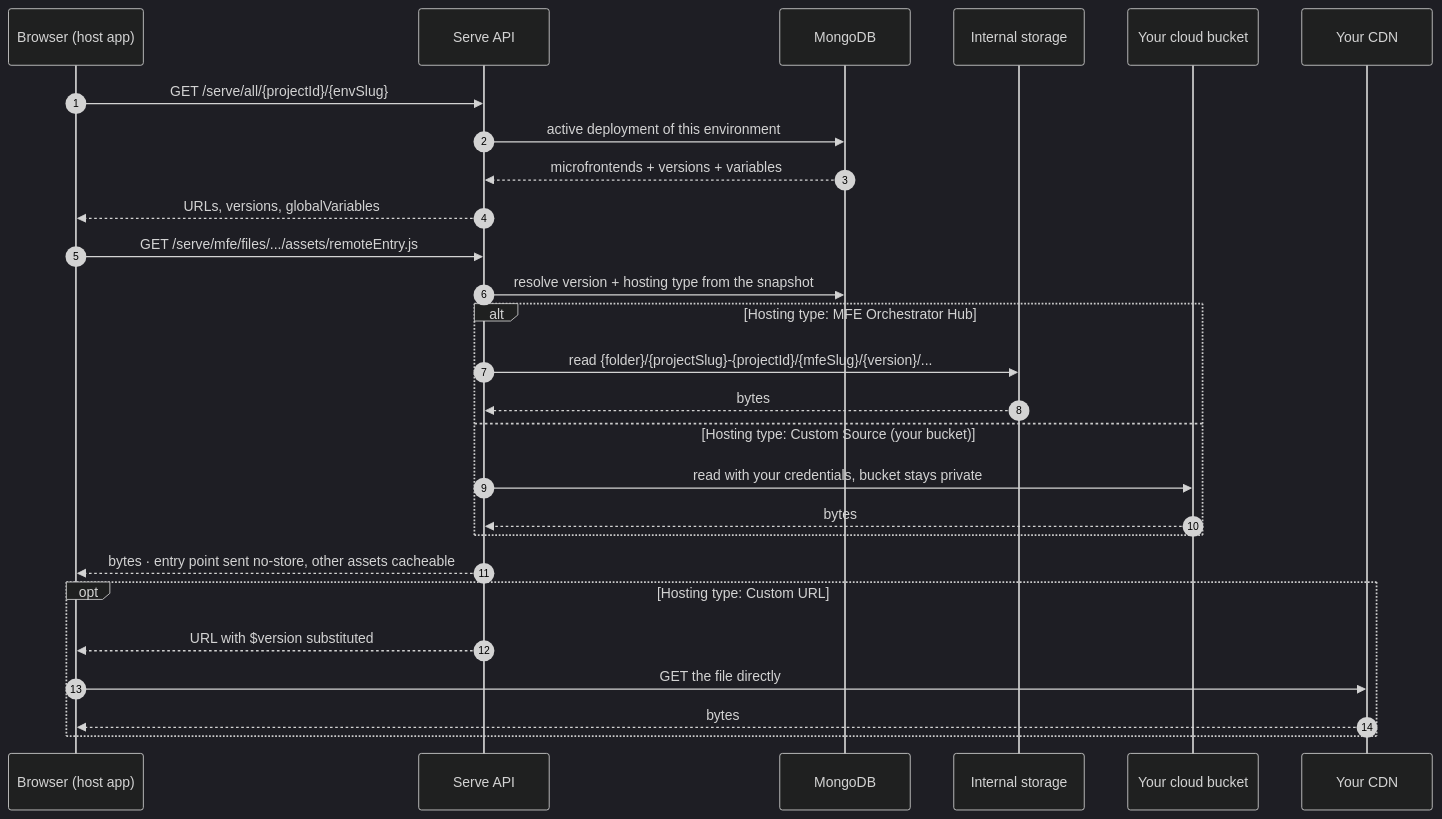
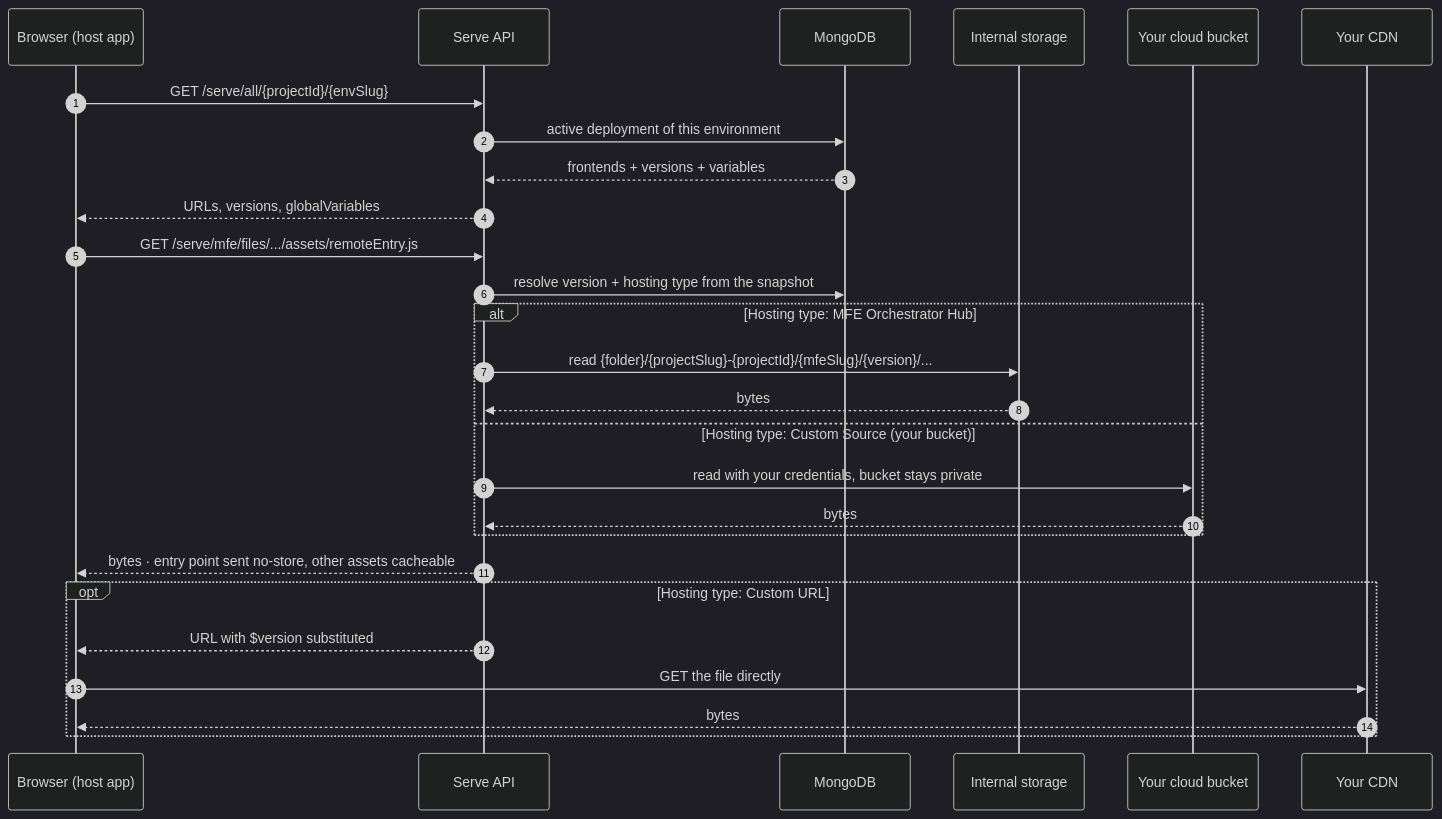
One commit to mfe-orchestrator/documentation changed the third of 4 diagrams in docs/architecture.md. Above: the diagram before and after it, drawn with Mermaid (dark theme). The commit also changed other lines of this file and 72 other files, not shown here.

````diff
--- a/docs/architecture.md
+++ b/docs/architecture.md
@@ -172,34 +172,34 @@
 ```mermaid
 sequenceDiagram
     autonumber
     participant B as Browser (host app)
     participant S as Serve API
     participant DB as MongoDB
     participant F as Internal storage
     participant C as Your cloud bucket
     participant X as Your CDN
 
     B->>S: GET /serve/all/{projectId}/{envSlug}
     S->>DB: active deployment of this environment
-    DB-->>S: microfrontends + versions + variables
+    DB-->>S: frontends + versions + variables
     S-->>B: URLs, versions, globalVariables
 
     B->>S: GET /serve/mfe/files/.../assets/remoteEntry.js
     S->>DB: resolve version + hosting type from the snapshot
 
     alt Hosting type: MFE Orchestrator Hub
         S->>F: read {folder}/{projectSlug}-{projectId}/{mfeSlug}/{version}/...
         F-->>S: bytes
     else Hosting type: Custom Source (your bucket)
         S->>C: read with your credentials, bucket stays private
         C-->>S: bytes
     end
 
     S-->>B: bytes · entry point sent no-store, other assets cacheable
 
     opt Hosting type: Custom URL
         S-->>B: URL with $version substituted
         B->>X: GET the file directly
         X-->>B: bytes
     end
 ```
````
